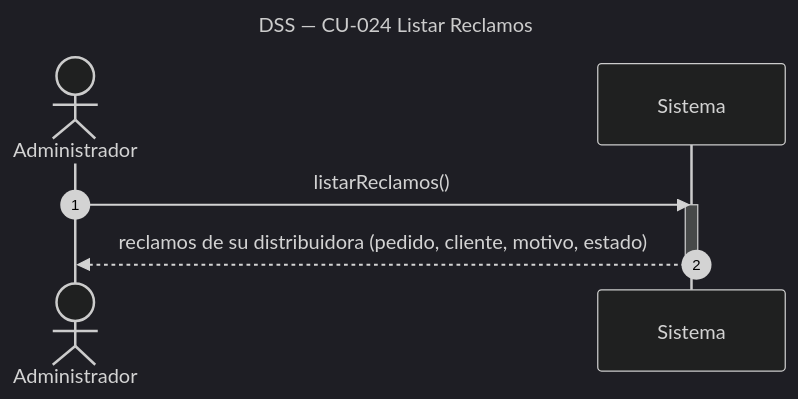
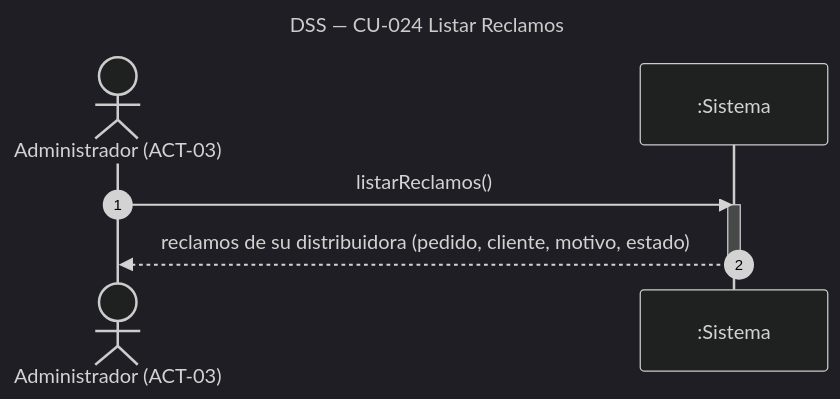
Before and after one commit to Nahuelito-Dev/splg-docs: the diagram in diagramas/DSS_CU-024_Listar-Reclamos.mmd, drawn with Mermaid (dark theme). The commit also changed 2486 other files, not shown here.

First line of the commit message:
docs: notación UML/Larman en todos los artefactos y documentación al día con el sistema

```diff
--- a/diagramas/DSS_CU-024_Listar-Reclamos.mmd
+++ b/diagramas/DSS_CU-024_Listar-Reclamos.mmd
@@ -1,10 +1,10 @@
 sequenceDiagram
     title DSS — CU-024 Listar Reclamos
     autonumber
-    actor ADM as Administrador
-    participant SIS as Sistema
+    actor ADM as Administrador (ACT-03)
+    participant SIS as :Sistema
 
     ADM->>SIS: listarReclamos()
     activate SIS
     SIS-->>ADM: reclamos de su distribuidora (pedido, cliente, motivo, estado)
     deactivate SIS
```
